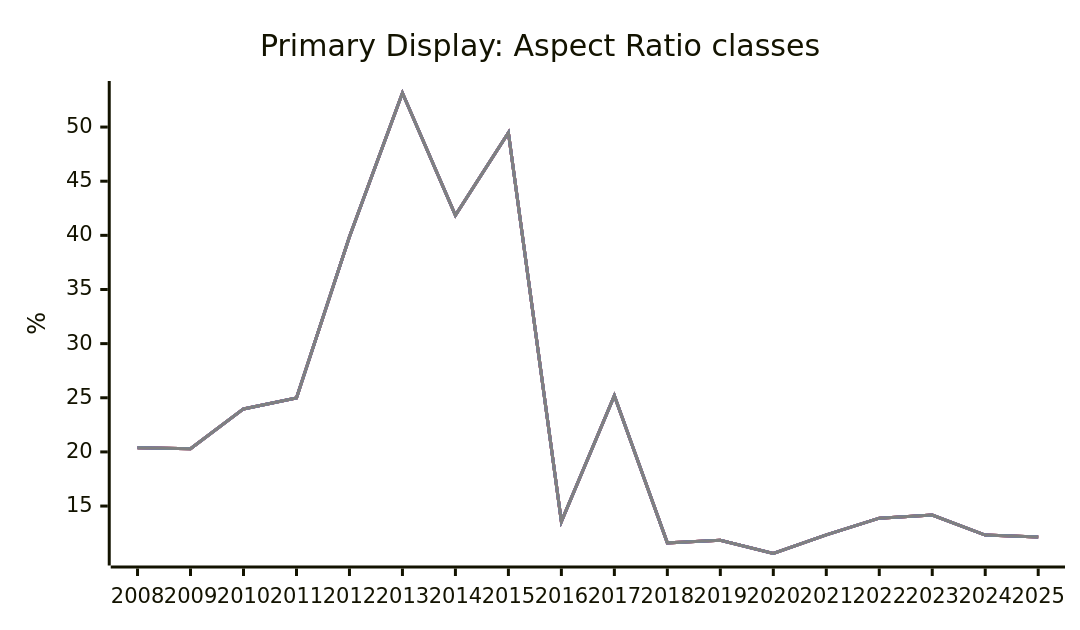
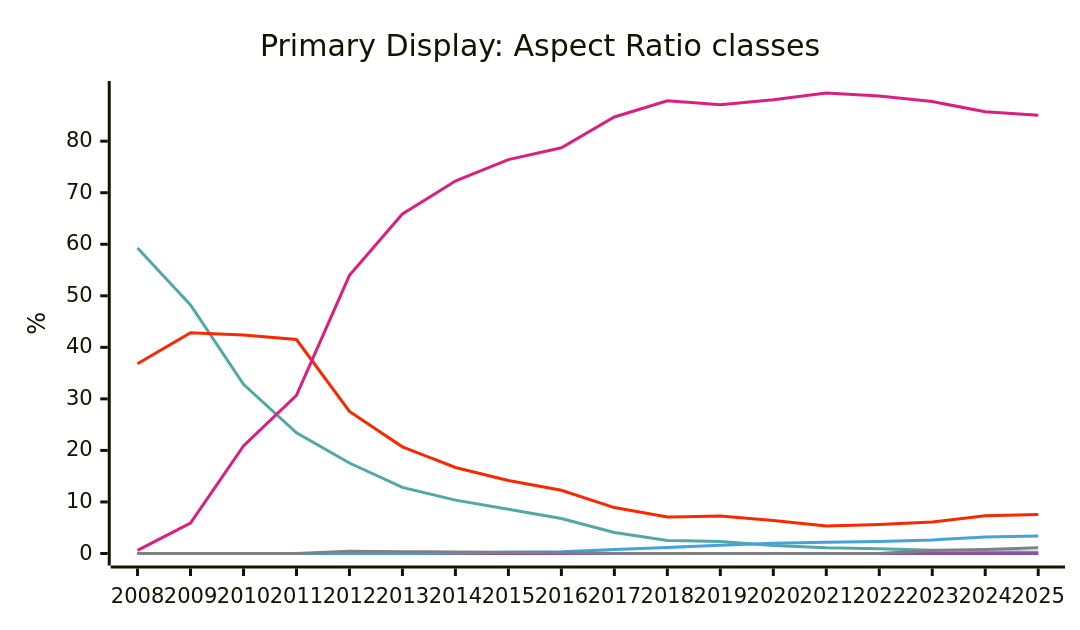
The tenth of 13 diagrams in README.md (jdegene/steamHWsurvey), drawn with Mermaid before and after one commit. The commit also changed other lines of this file and 1 other file, not shown here.

Commit message:
fixed aspect graph

````diff
--- a/README.md
+++ b/README.md
@@ -321,25 +321,25 @@
 ```mermaid
 ---
 config:
     xyChart:
         width: 700
         height: 400
         
     themeVariables:
         xyChart:
             plotColorPalette: "#51a8a6,#f9a900,#f92800,#d92080,#8a52a6,#46a2da,#808080"
 
 --- 
 
 xychart-beta
     title "Primary Display: Aspect Ratio classes"
     x-axis [2008, 2009, 2010, 2011, 2012, 2013, 2014, 2015, 2016, 2017, 2018, 2019, 2020, 2021, 2022, 2023, 2024, 2025]
     y-axis "%" 
-    line [20.39, 20.301666666666666, 23.971249999999998, 24.98, 39.86875, 53.145714285714284, 41.85272727272727, 49.48444444444444, 13.566363636363635, 25.19, 11.603333333333333, 11.834999999999999, 10.618333333333334, 12.334166666666667, 13.880833333333333, 14.175833333333335, 12.324166666666665, 12.148]
-    line [20.39, 20.301666666666666, 23.971249999999998, 24.98, 39.86875, 53.145714285714284, 41.85272727272727, 49.48444444444444, 13.566363636363635, 25.19, 11.603333333333333, 11.834999999999999, 10.618333333333334, 12.334166666666667, 13.880833333333333, 14.175833333333335, 12.324166666666665, 12.148]
-    line [20.39, 20.301666666666666, 23.971249999999998, 24.98, 39.86875, 53.145714285714284, 41.85272727272727, 49.48444444444444, 13.566363636363635, 25.19, 11.603333333333333, 11.834999999999999, 10.618333333333334, 12.334166666666667, 13.880833333333333, 14.175833333333335, 12.324166666666665, 12.148]
-    line [20.39, 20.301666666666666, 23.971249999999998, 24.98, 39.86875, 53.145714285714284, 41.85272727272727, 49.48444444444444, 13.566363636363635, 25.19, 11.603333333333333, 11.834999999999999, 10.618333333333334, 12.334166666666667, 13.880833333333333, 14.175833333333335, 12.324166666666665, 12.148]
-    line [20.39, 20.301666666666666, 23.971249999999998, 24.98, 39.86875, 53.145714285714284, 41.85272727272727, 49.48444444444444, 13.566363636363635, 25.19, 11.603333333333333, 11.834999999999999, 10.618333333333334, 12.334166666666667, 13.880833333333333, 14.175833333333335, 12.324166666666665, 12.148]
-    line [20.39, 20.301666666666666, 23.971249999999998, 24.98, 39.86875, 53.145714285714284, 41.85272727272727, 49.48444444444444, 13.566363636363635, 25.19, 11.603333333333333, 11.834999999999999, 10.618333333333334, 12.334166666666667, 13.880833333333333, 14.175833333333335, 12.324166666666665, 12.148]
-    line [20.39, 20.301666666666666, 23.971249999999998, 24.98, 39.86875, 53.145714285714284, 41.85272727272727, 49.48444444444444, 13.566363636363635, 25.19, 11.603333333333333, 11.834999999999999, 10.618333333333334, 12.334166666666667, 13.880833333333333, 14.175833333333335, 12.324166666666665, 12.148]
+    line [59.28, 48.21333333333334, 32.81125, 23.43, 17.553749999999997, 12.828571428571427, 10.359090909090908, 8.599166666666667, 6.7924999999999995, 4.074166666666667, 2.5316666666666667, 2.3383333333333334, 1.5683333333333334, 1.1075, 0.9033333333333332, 0.6291666666666667, 0.32916666666666666, 0.258]
+    line [0, 0, 0, 0, 0.0, 0, 0.04428571428571428, 0.10666666666666667, 0.17500000000000002, 0, 0, 0, 0, 0, 0, 0.2, 0, 0]
+    line [36.83, 42.82, 42.4075, 41.51857142857143, 27.561249999999998, 20.68857142857143, 16.69, 14.148333333333332, 12.279166666666667, 8.91, 7.07, 7.262499999999999, 6.419999999999999, 5.325833333333333, 5.645, 6.1225000000000005, 7.324166666666667, 7.580000000000001]
+    line [0.62, 5.904166666666666, 20.882499999999997, 30.687142857142856, 53.962500000000006, 65.86571428571429, 72.27545454545455, 76.42999999999999, 78.73083333333332, 84.69083333333333, 87.83916666666669, 87.06416666666668, 88.04416666666667, 89.3475, 88.78583333333334, 87.67916666666666, 85.71333333333334, 85.054]
+    line [0, 0, 0, 0, 0.01, 0.008571428571428572, 0.01, 0.01, 0.01, 0, 0, 0, 0, 0, 0, 0, 0, 0]
+    line [0, 0, 0, 0, 0, 0.02142857142857143, 0.09363636363636363, 0.2258333333333333, 0.36083333333333334, 0.7966666666666667, 1.1825, 1.5908333333333333, 1.9683333333333335, 2.1933333333333334, 2.305833333333333, 2.625833333333333, 3.1883333333333335, 3.3840000000000003]
+    line [0, 0, 0, 0, 0.41875, 0.35285714285714287, 0.2890909090909091, 0.2375, 0.215, 0, 0, 0, 0, 0, 0, 0.5928571428571429, 0.7641666666666668, 1.11]
 ``` 
````
